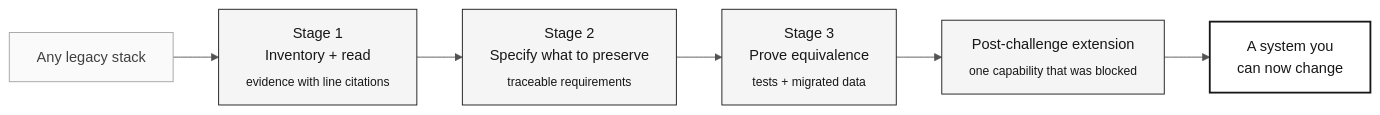
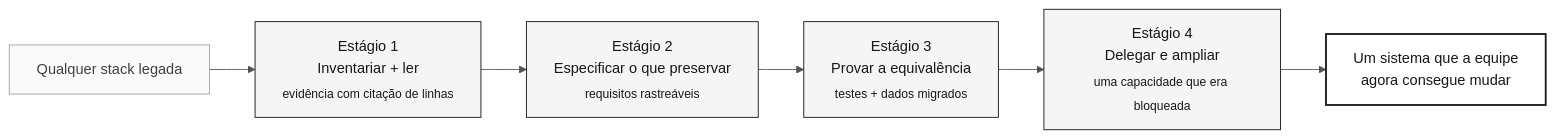
One commit to serpro-workshop-floripa/sifap-workshop-paula-00 changed the diagram in 07-concepts/07-method-beyond-mainframe.md. Above: the diagram before and after it, drawn with Mermaid. The commit also changed other lines of this file and 19 other files, not shown here.

````diff
--- a/07-concepts/07-method-beyond-mainframe.md
+++ b/07-concepts/07-method-beyond-mainframe.md
@@ -46,16 +46,16 @@
 ```mermaid
 %%{init: {'theme':'neutral','themeVariables':{'fontFamily':'ui-sans-serif, system-ui, sans-serif','primaryColor':'#F5F5F5','primaryTextColor':'#171717','primaryBorderColor':'#171717','lineColor':'#525252','secondaryColor':'#FFFFFF','tertiaryColor':'#FAFAFA','background':'#FFFFFF'}}}%%
 flowchart LR
     classDef step fill:#F5F5F5,stroke:#171717,color:#171717
     classDef muted fill:#FAFAFA,stroke:#A3A3A3,color:#404040
     classDef result fill:#FFFFFF,stroke:#171717,color:#171717,stroke-width:2px
 
-    A["Stage 1<br/>Inventory + read<br/><sub>evidence with line citations</sub>"]:::step
-    B["Stage 2<br/>Specify what to preserve<br/><sub>traceable requirements</sub>"]:::step
-    C["Stage 3<br/>Prove equivalence<br/><sub>tests + migrated data</sub>"]:::step
-    D["Post-challenge extension<br/><sub>one capability that was blocked</sub>"]:::step
-    L["Any legacy stack"]:::muted
-    R["A system you<br/>can now change"]:::result
+    A["Estágio 1<br/>Inventariar + ler<br/><sub>evidência com citação de linhas</sub>"]:::step
+    B["Estágio 2<br/>Especificar o que preservar<br/><sub>requisitos rastreáveis</sub>"]:::step
+    C["Estágio 3<br/>Provar a equivalência<br/><sub>testes + dados migrados</sub>"]:::step
+    D["Estágio 4<br/>Delegar e ampliar<br/><sub>uma capacidade que era bloqueada</sub>"]:::step
+    L["Qualquer stack legada"]:::muted
+    R["Um sistema que a equipe<br/>agora consegue mudar"]:::result
 
     L --> A --> B --> C --> D --> R
 ```
````
